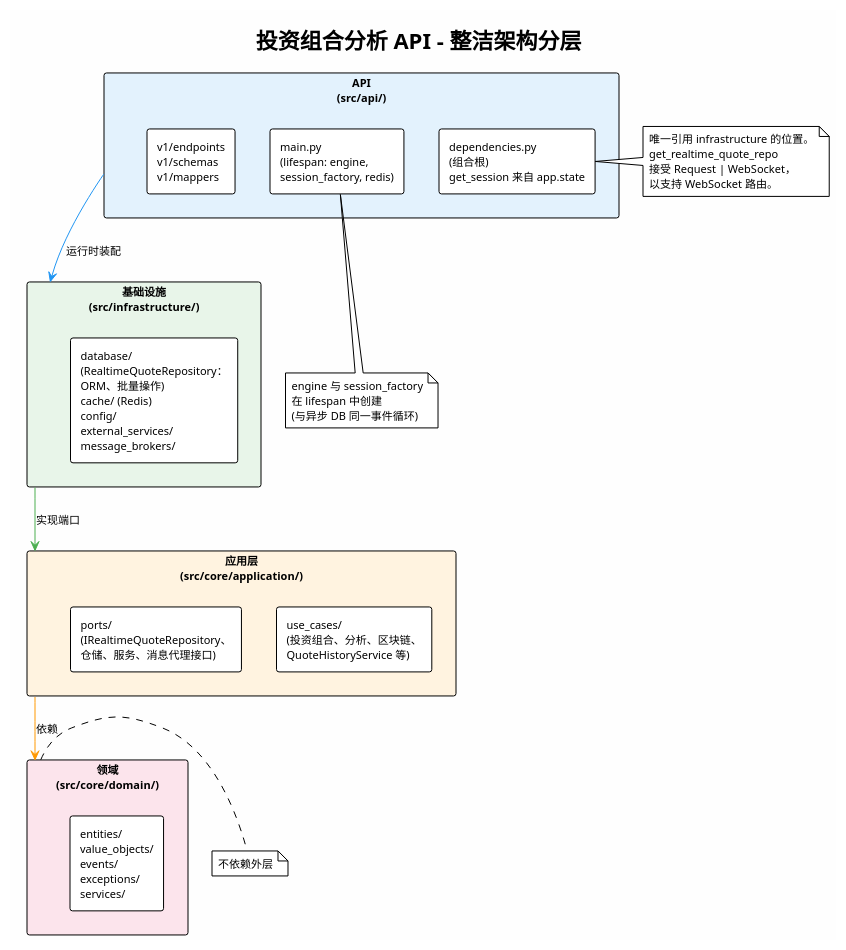
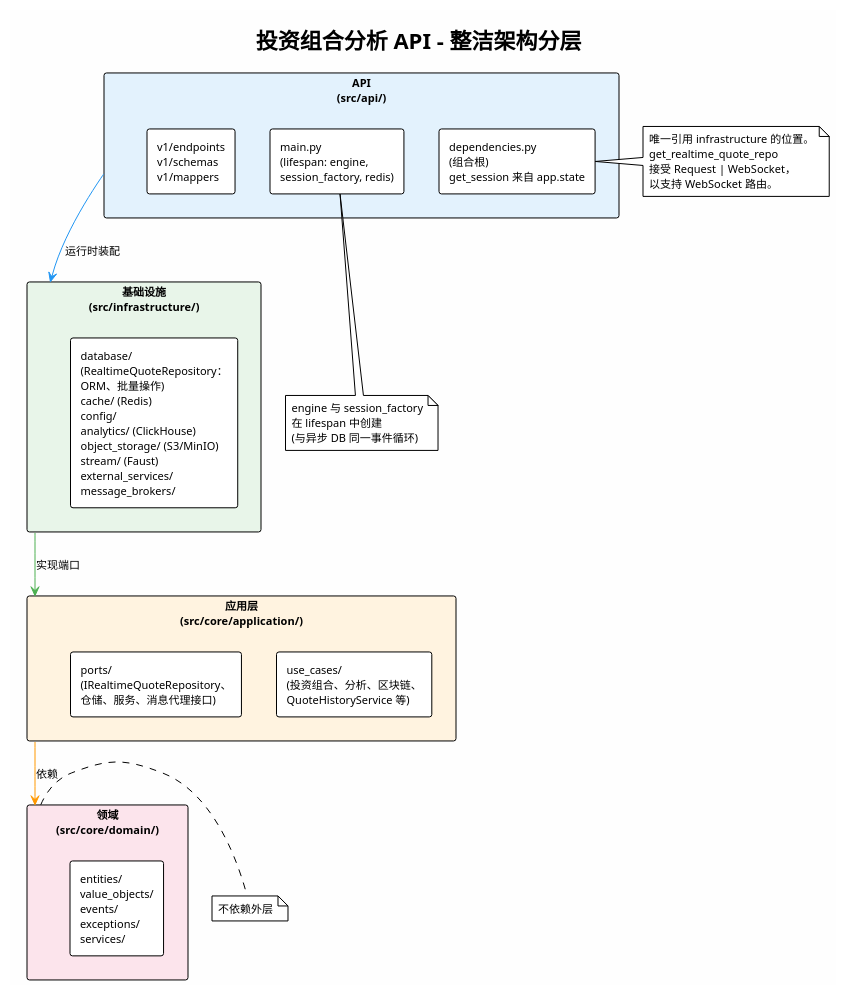
One commit to felixzhu97/finpulse changed the diagram in docs/zh/c4/clean-architecture-portfolio-api.puml. Above: the diagram before and after it, drawn with PlantUML. The commit also changed 9 other files, not shown here.

First line of the commit message:
feat: Enhance API documentation and architecture diagrams for analytics and forecasting

```diff
--- a/docs/zh/c4/clean-architecture-portfolio-api.puml
+++ b/docs/zh/c4/clean-architecture-portfolio-api.puml
@@ -1,48 +1,48 @@
 @startuml clean-architecture-portfolio-api-zh
 !theme plain
 skinparam backgroundColor #FEFEFE
 skinparam defaultFontSize 11
 
 title 投资组合分析 API - 整洁架构分层
 
 rectangle "**API**\n(src/api/)" as API #E3F2FD {
   rectangle "main.py\n(lifespan: engine,\nsession_factory, redis)" as LIFESPAN
   rectangle "dependencies.py\n(组合根)\nget_session 来自 app.state" as DI
   rectangle "v1/endpoints\nv1/schemas\nv1/mappers" as WEB
 }
 
 rectangle "**基础设施**\n(src/infrastructure/)" as INFRA #E8F5E9 {
-  rectangle "database/\n(RealtimeQuoteRepository：\nORM、批量操作)\ncache/ (Redis)\nconfig/\nexternal_services/\nmessage_brokers/" as INFRA_IMPL
+  rectangle "database/\n(RealtimeQuoteRepository：\nORM、批量操作)\ncache/ (Redis)\nconfig/\nanalytics/ (ClickHouse)\nobject_storage/ (S3/MinIO)\nstream/ (Faust)\nexternal_services/\nmessage_brokers/" as INFRA_IMPL
 }
 
 rectangle "**应用层**\n(src/core/application/)" as APP #FFF3E0 {
   rectangle "use_cases/\n(投资组合、分析、区块链、\nQuoteHistoryService 等)" as UC
   rectangle "ports/\n(IRealtimeQuoteRepository、\n仓储、服务、消息代理接口)" as PORTS
 }
 
 rectangle "**领域**\n(src/core/domain/)" as DOMAIN #FCE4EC {
   rectangle "entities/\nvalue_objects/\nevents/\nexceptions/\nservices/" as DOMAIN_IMPL
 }
 
 API -[#2196F3]-> INFRA : 运行时装配
 INFRA -[#4CAF50]-> APP : 实现端口
 APP -[#FF9800]-> DOMAIN : 依赖
 
 note right of DOMAIN
   不依赖外层
 end note
 
 note right of DI
   唯一引用 infrastructure 的位置。
   get_realtime_quote_repo
   接受 Request | WebSocket，
   以支持 WebSocket 路由。
 end note
 
 note bottom of LIFESPAN
   engine 与 session_factory
   在 lifespan 中创建
   (与异步 DB 同一事件循环)
 end note
 
 @enduml
```
